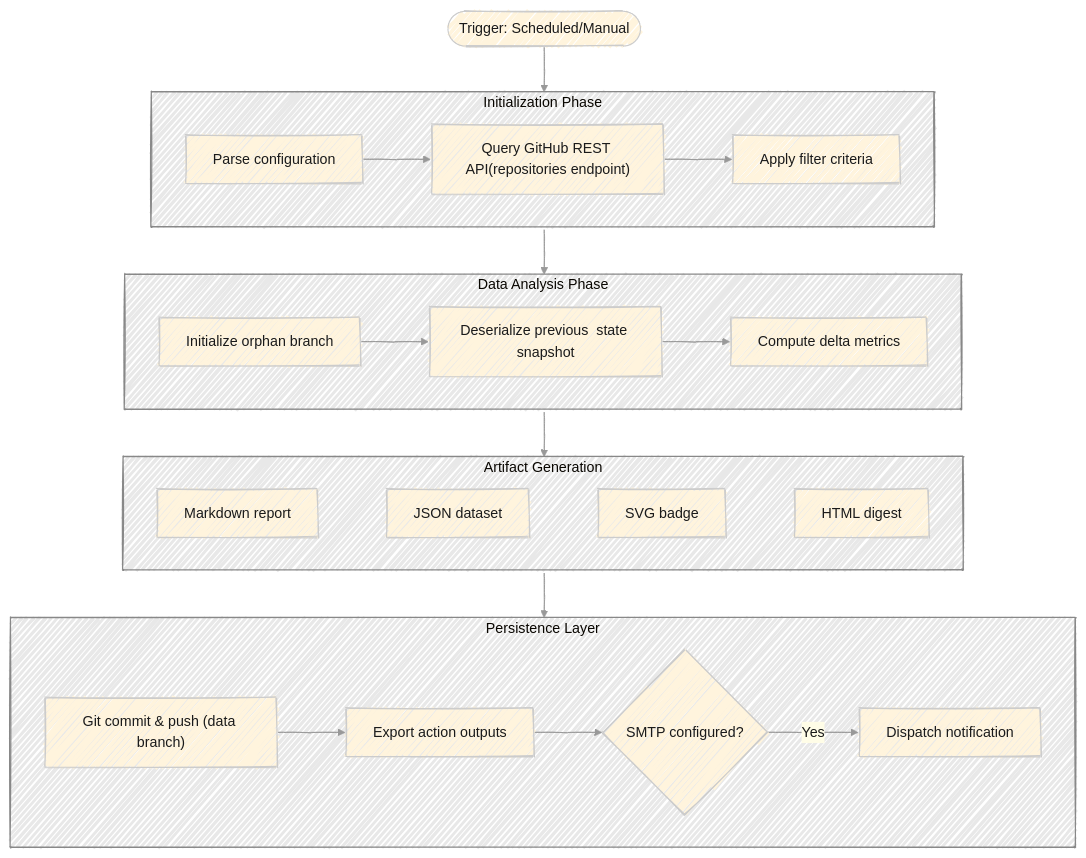
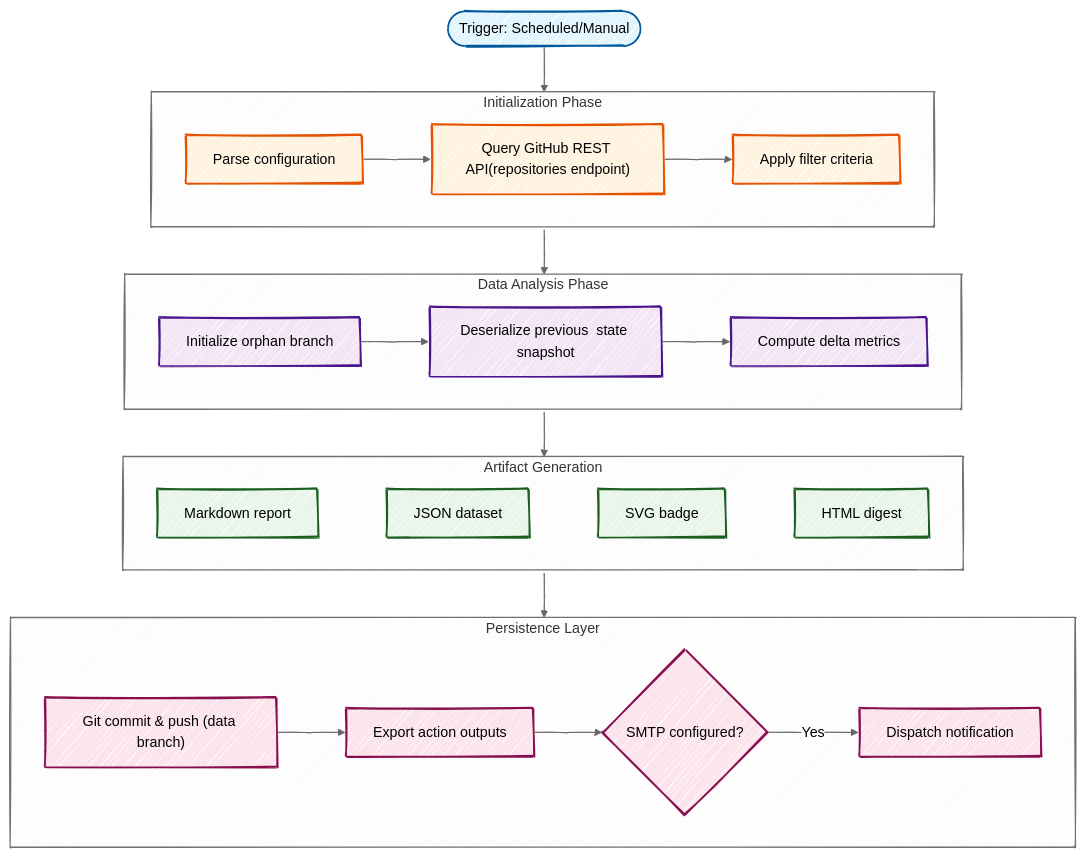
The first of 2 diagrams in README.md (fbuireu/github-star-tracker), drawn with Mermaid before and after one commit. The commit also changed other lines of this file, not shown here.

Commit message:
docs: test mermaid color

````diff
--- a/README.md
+++ b/README.md
@@ -16,41 +16,48 @@
 ```mermaid
 ---
 config:
   look: handDrawn
-  theme: base
-  themeVariables:
-    background: transparent
-    clusterBkg: "#e8e8e8"
-    clusterBorder: "#888"
-    nodeBkg: "#fffde7"
-    nodeBorder: "#ccc"
-    primaryTextColor: "#1a1a1a"
-    lineColor: "#999"
-    edgeLabelBackground: "#fffde7"
+  theme: neutral
 ---
 flowchart TD
     trigger(["Trigger: Scheduled/Manual"])
 
     subgraph setup ["Initialization Phase"]
         direction LR
         config["Parse configuration"] --> fetch["Query GitHub REST API(repositories endpoint)"] --> filter["Apply filter criteria"]
     end
 
     subgraph analysis ["Data Analysis Phase"]
         direction LR
         init["Initialize orphan branch"] --> read["Deserialize previous  state snapshot"] --> compare["Compute delta metrics"]
     end
 
     subgraph artifacts ["Artifact Generation"]
         direction LR
         md["Markdown report"] ~~~ json["JSON dataset"] ~~~ svg["SVG badge"] ~~~ html["HTML digest"]
     end
 
     subgraph persist ["Persistence Layer"]
         direction LR
         commit["Git commit & push (data branch)"] --> setout["Export action outputs"] --> email{"SMTP configured?"}
         email -->|Yes| send["Dispatch notification"]
     end
 
     trigger --> setup --> analysis --> artifacts --> persist
+
+    style trigger fill:#e1f5ff,stroke:#01579b,stroke-width:2px
+    style config fill:#fff3e0,stroke:#e65100,stroke-width:2px
+    style fetch fill:#fff3e0,stroke:#e65100,stroke-width:2px
+    style filter fill:#fff3e0,stroke:#e65100,stroke-width:2px
+    style init fill:#f3e5f5,stroke:#4a148c,stroke-width:2px
+    style read fill:#f3e5f5,stroke:#4a148c,stroke-width:2px
+    style compare fill:#f3e5f5,stroke:#4a148c,stroke-width:2px
+    style md fill:#e8f5e9,stroke:#1b5e20,stroke-width:2px
+    style json fill:#e8f5e9,stroke:#1b5e20,stroke-width:2px
+    style svg fill:#e8f5e9,stroke:#1b5e20,stroke-width:2px
+    style html fill:#e8f5e9,stroke:#1b5e20,stroke-width:2px
+    style commit fill:#fce4ec,stroke:#880e4f,stroke-width:2px
+    style setout fill:#fce4ec,stroke:#880e4f,stroke-width:2px
+    style email fill:#fce4ec,stroke:#880e4f,stroke-width:2px
+    style send fill:#fce4ec,stroke:#880e4f,stroke-width:2px
 ```
````
